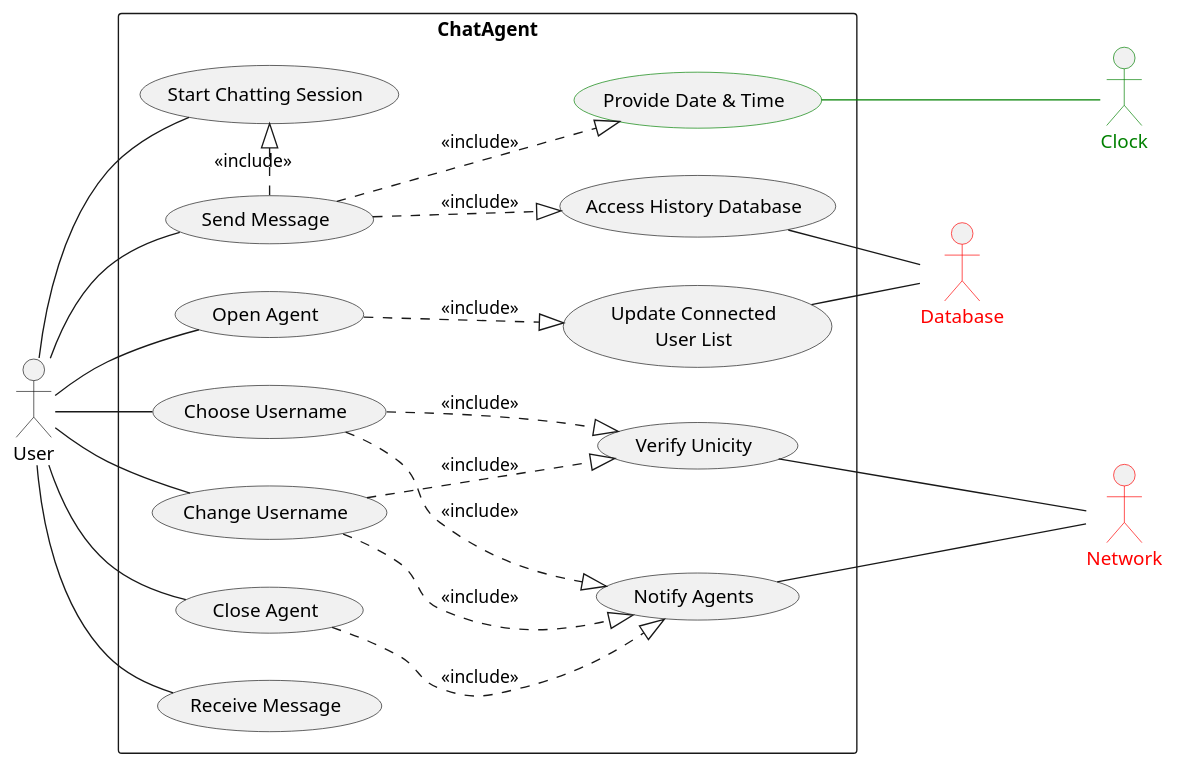
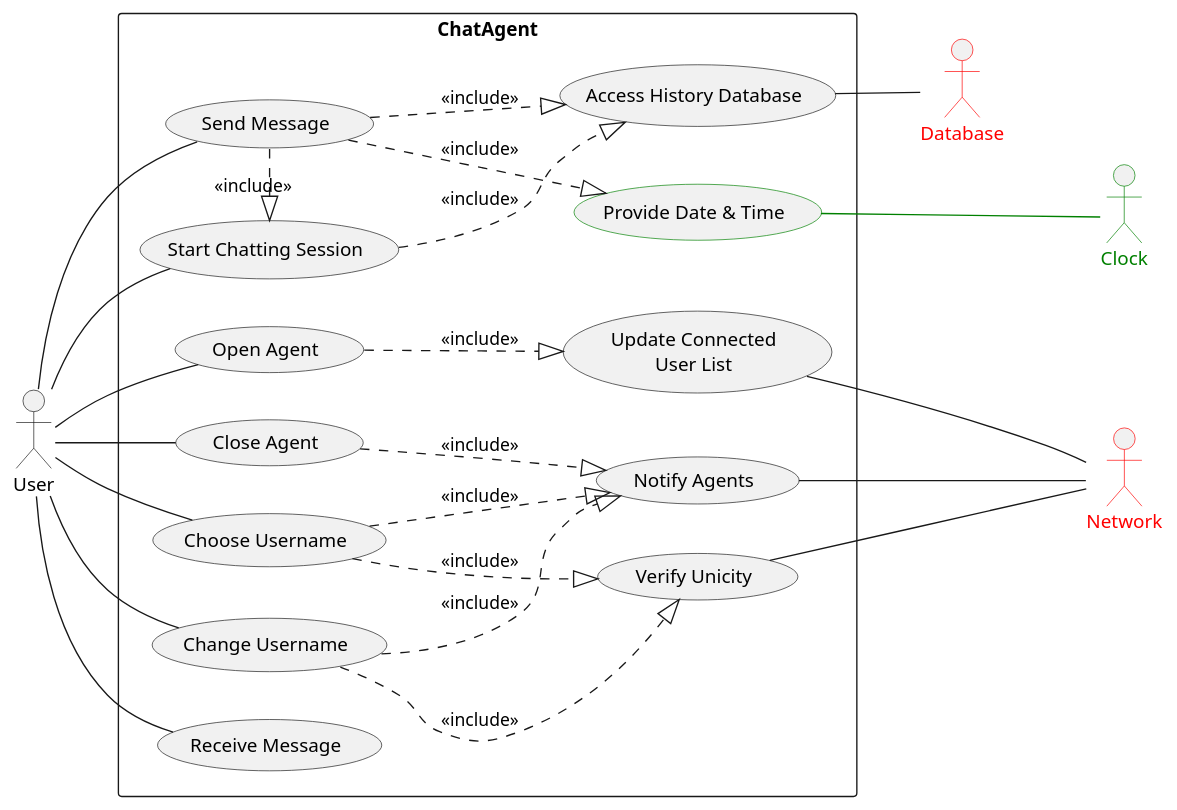
The diagram in UMLPlant/usecase.wsd (scanim-valentin/decentralized-chat-system), drawn with PlantUML before and after one commit.

Commit message:
Updated User Case Diagram

```diff
--- a/UMLPlant/usecase.wsd
+++ b/UMLPlant/usecase.wsd
@@ -1,39 +1,40 @@
 @startuml usecase
 left to right direction
 :User: as user
     :Network: as network #line:red;text:red
     :Database: as db #line:red;text:red
     :Clock: as clock #line:green;text:green
 rectangle ChatAgent{
 
  user--(Open Agent)
  user--(Close Agent)
  user--(Change Username)
  user--(Choose Username)
  user--(Start Chatting Session)
 
 (Notify Agents)---network
 (Verify Unicity)---network
-(Update Connected\nUser List)-db
+(Update Connected\nUser List)--network
 (Access History Database)--db
  
  (Provide Date & Time) #line:green
  (Provide Date & Time)---clock #green
 
  user--(Send Message)
  user--(Receive Message)
  
  (Close Agent)..|>(Notify Agents) : <<include>>
 
  (Start Chatting Session)<|.(Send Message) : <<include>>
+ (Start Chatting Session)..|>(Access History Database) : <<include>>
  (Send Message)..|>(Access History Database) : <<include>>
  (Send Message)..|>(Provide Date & Time) : <<include>>
 
  (Open Agent)..|>(Update Connected\nUser List) : <<include>>
  (Change Username)..|>(Notify Agents) : <<include>>
  (Choose Username)..|>(Notify Agents) : <<include>>
  (Choose Username)..|>(Verify Unicity) : <<include>>
  (Change Username)..|>(Verify Unicity) : <<include>>
 
 }
 @enduml
```
